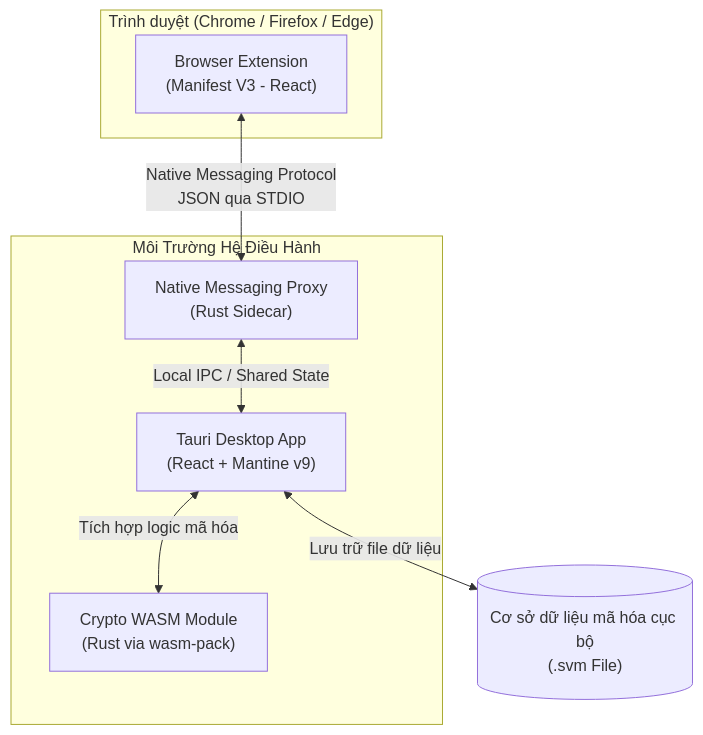
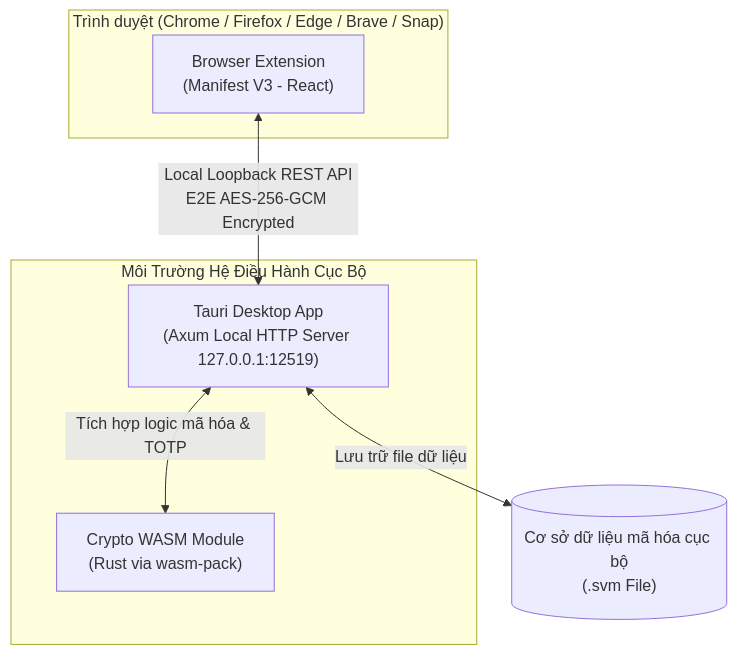
One commit to haiphamngoc-dev/secure-vault-manager changed the diagram in README.md. Above: the diagram before and after it, drawn with Mermaid. The commit also changed other lines of this file and 4 other files, not shown here.

First line of the commit message:
docs: update documentation and release workflow for local REST API architecture

````diff
--- a/README.md
+++ b/README.md
@@ -37,17 +37,15 @@
 ```mermaid
 graph TD
-    subgraph Browser ["Trình duyệt (Chrome / Firefox / Edge)"]
+    subgraph Browser ["Trình duyệt (Chrome / Firefox / Edge / Brave / Snap)"]
         Ext["Browser Extension<br/>(Manifest V3 - React)"]
     end
 
-    subgraph OS ["Môi Trường Hệ Điều Hành"]
-        Proxy["Native Messaging Proxy<br/>(Rust Sidecar)"]
-        Desktop["Tauri Desktop App<br/>(React + Mantine v9)"]
+    subgraph OS ["Môi Trường Hệ Điều Hành Cục Bộ"]
+        Desktop["Tauri Desktop App<br/>(Axum Local HTTP Server 127.0.0.1:12519)"]
         WASM["Crypto WASM Module<br/>(Rust via wasm-pack)"]
     end
 
-    Ext <-->|Native Messaging Protocol<br/>JSON qua STDIO| Proxy
-    Proxy <-->|Local IPC / Shared State| Desktop
-    Desktop <-->|Tích hợp logic mã hóa| WASM
+    Ext <-->|Local Loopback REST API<br/>E2E AES-256-GCM Encrypted| Desktop
+    Desktop <-->|Tích hợp logic mã hóa & TOTP| WASM
     Desktop <-->|Lưu trữ file dữ liệu| LocalDisk[("Cơ sở dữ liệu mã hóa cục bộ<br/>(.svm File)")]
 ```
````
